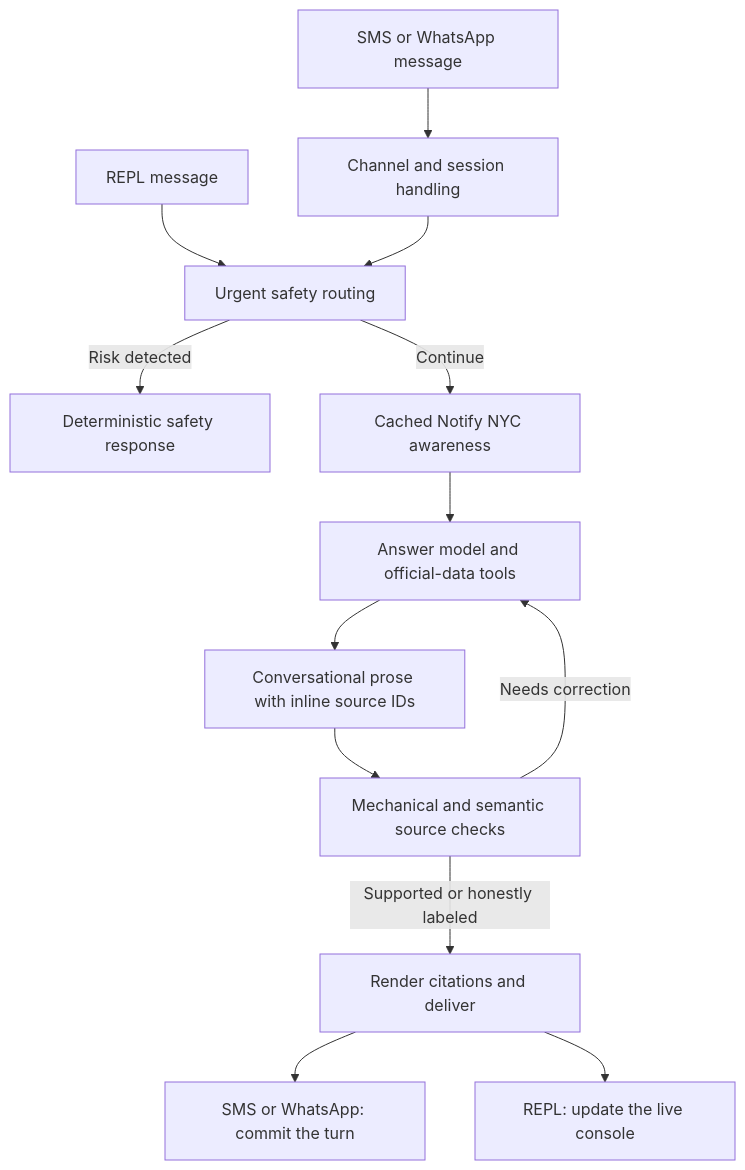
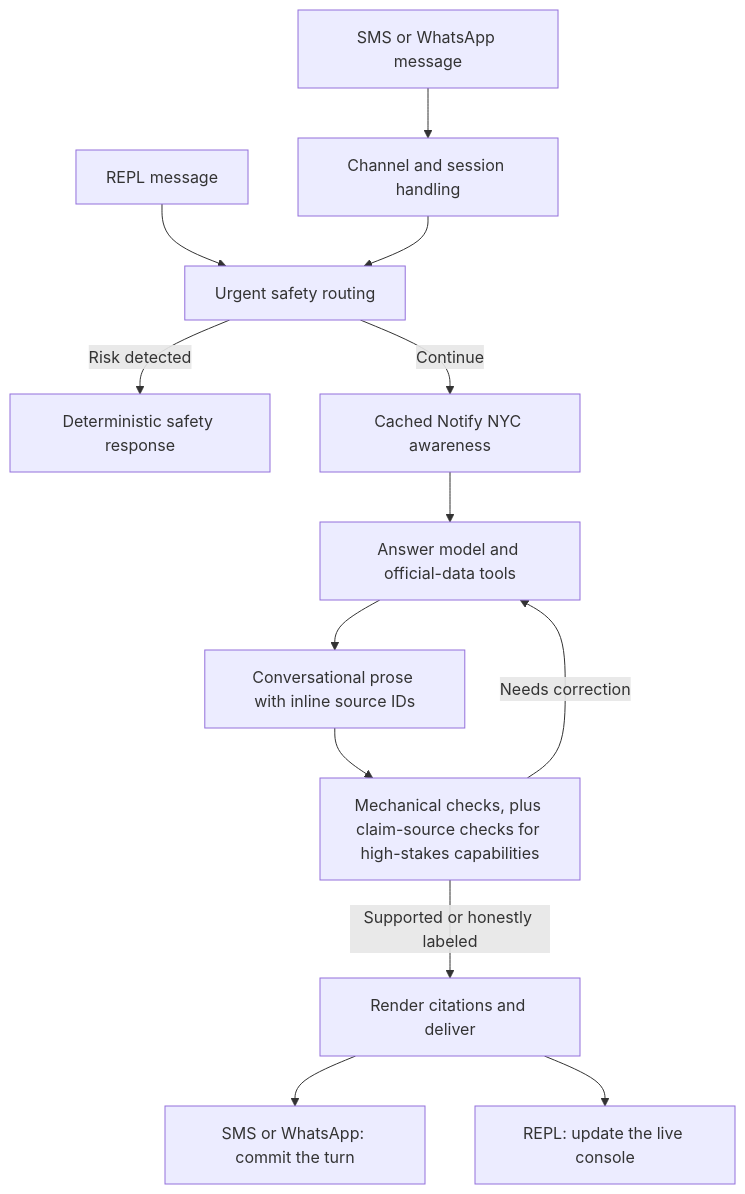
Before and after one commit to shayantist/HeyNYC: the diagram in README.md, drawn with Mermaid. The commit also changed other lines of this file and 33 other files, not shown here.

First line of the commit message:
feat(grounding): scope claim-source checks by capability

````diff
--- a/README.md
+++ b/README.md
@@ -122,15 +122,15 @@
 ```mermaid
 flowchart TD
     A["SMS or WhatsApp message"] --> B["Channel and session handling"]
     R["REPL message"] --> C
     B --> C["Urgent safety routing"]
     C -->|Risk detected| D["Deterministic safety response"]
     C -->|Continue| E["Cached Notify NYC awareness"]
     E --> F["Answer model and official-data tools"]
     F --> G["Conversational prose with inline source IDs"]
-    G --> H["Mechanical and semantic source checks"]
+    G --> H["Mechanical checks, plus claim-source checks for high-stakes capabilities"]
     H -->|Needs correction| F
     H -->|Supported or honestly labeled| I["Render citations and deliver"]
     I --> K["SMS or WhatsApp: commit the turn"]
     I --> L["REPL: update the live console"]
 ```
````
